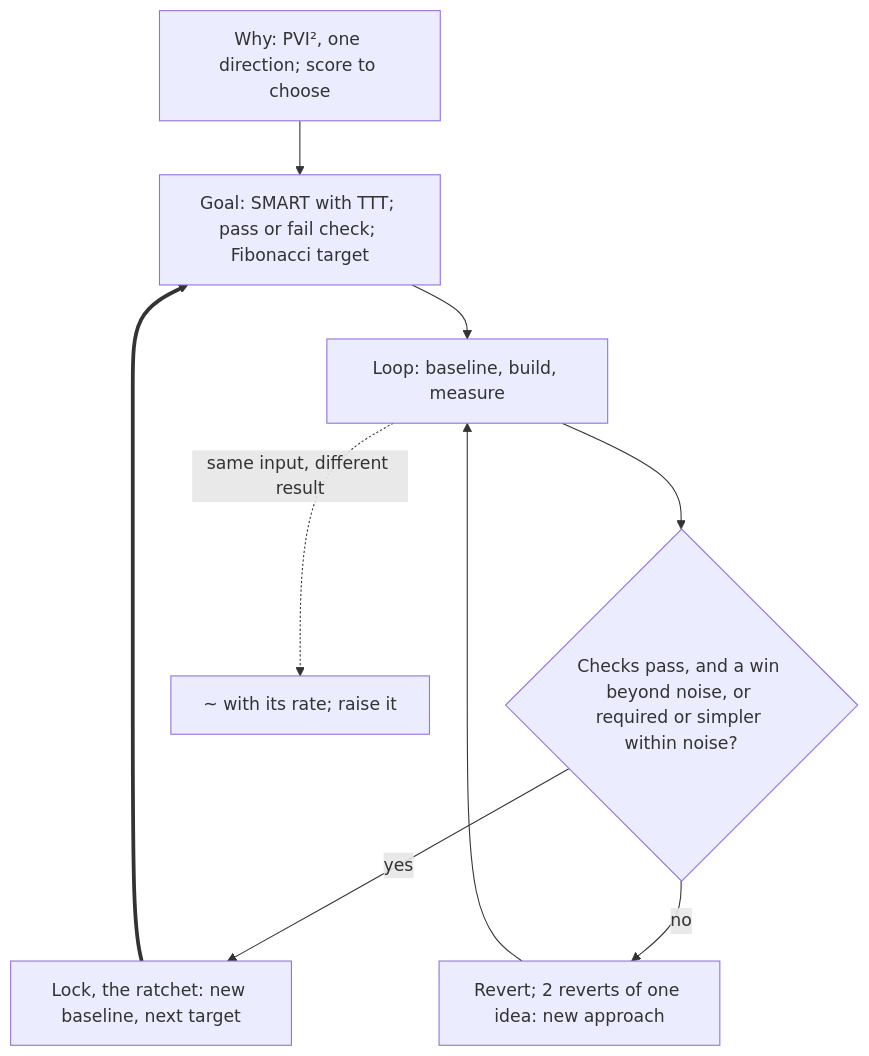
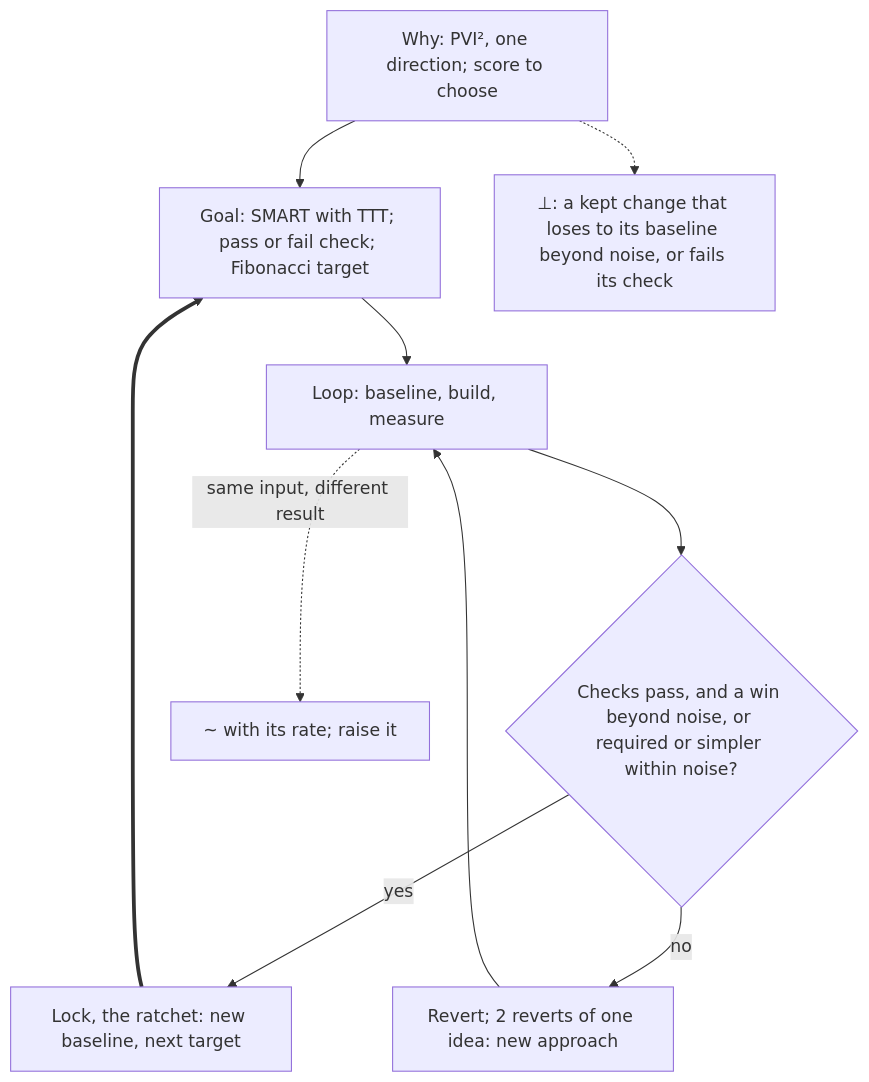
The seventh of 14 diagrams in AGENTS.md (SolenixAI/arbiter), drawn with Mermaid before and after one commit. The commit also changed other lines of this file, not shown here.

First line of the commit message:
docs(agents): every section names its contradiction event (#39)

````diff
--- a/AGENTS.md
+++ b/AGENTS.md
@@ -328,10 +349,11 @@
 ```mermaid
 flowchart TD
   W["Why: PVI², one direction; score to choose"] --> G["Goal: SMART with TTT; pass or fail check; Fibonacci target"]
   G --> B["Loop: baseline, build, measure"]
   B --> K{"Checks pass, and a win beyond noise, or required or simpler within noise?"}
   K -->|yes| L["Lock, the ratchet: new baseline, next target"]
   L ==> G
   K -->|no| R["Revert; 2 reverts of one idea: new approach"] --> B
   B -.->|same input, different result| Z["~ with its rate; raise it"]
+  W -.-> BOT["⊥: a kept change that loses to its baseline beyond noise, or fails its check"]
 ```
````
